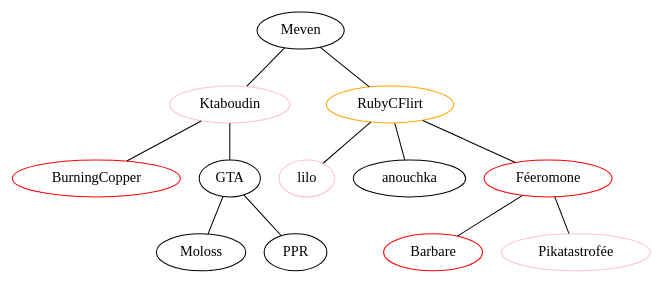
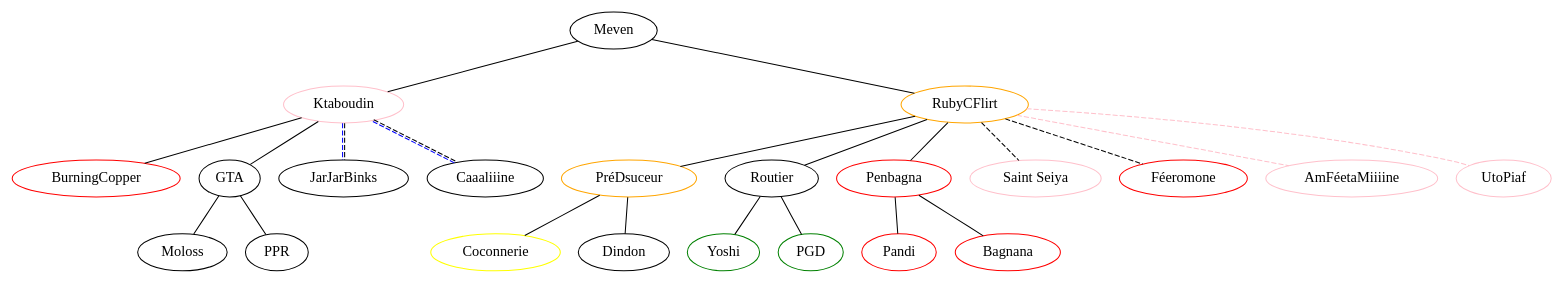
Before and after one commit to mevouc/fal-mily: the diagram in graph.dot, drawn with Graphviz. The commit also changed 2 other files, not shown here.

Commit message:
graph: Update styles and Chris' PMs

```diff
--- a/graph.dot
+++ b/graph.dot
@@ -1,33 +1,61 @@
 graph Falmily {
     // list of names
-    meven [label="Meven", color="black", fillcolor="blue"];
-      alix [label="Ktaboudin", color="pink"];
-        iris [label="BurningCopper", color="red"];
-        camille [label="GTA", color="black", fillcolor="blue"];
-          julien [label="Moloss", color="black", fillcolor="blue"];
-          chabal [label="PPR", color="black", fillcolor="blue"];
-      chris [label="RubyCFlirt", color="orange"];
-        lilo [label="lilo", color="pink"];
-        anouchka [label="anouchka"];
-        benoit [label="Féeromone", color="red", fillcolor="green"];
-          barbare [label="Barbare", color="red"];
-          marvin [label="Pikatastrofée", color="pink"];
+    meven [label="Meven", fillcolor="blue:black"]; // IPP
+      alix [label="Ktaboudin", color="pink"]; // Paramed
+        iris [label="BurningCopper", color="red"]; // Droit
+        camille [label="GTA", fillcolor="blue:black"]; // IPP
+          julien [label="Moloss", fillcolor="blue:black"]; // IPP
+          chabal [label="PPR", fillcolor="blue:black"]; // IPP
+        // Adoption IPP
+        maxime [label="JarJarBinks", fillcolor="blue:black"]; // IPP
+        lily [label="Caaaliiine", fillcolor="blue:black"]; // IPP
+      chris [label="RubyCFlirt", color="orange"]; // Gestion
+        lucas [label="PréDsuceur", color="orange"]; // DCG
+          coralie [label="Coconnerie", color="yellow"]; // Psycho
+          guillaume [label="Dindon", fillcolor="blue:black"]; // Ingé
+        louise [label="Routier", fillcolor="blue:black"]; // Ingé
+          katia [label="Yoshi", color="green"]; // Pharma
+          antoine [label="PGD", color="green"]; // Pharma
+        tiffany [label="Penbagna", color="red"]; // Médecine
+          pandi [label="Pandi", color="red"]; // Médecine
+          bagnagna [label="Bagnana", color="red"]; // Droit
+        // Adoption Paris
+        lilo [label="Saint Seiya", color="pink"]; // Paramed
+        benoit [label="Féeromone", color="red", fillcolor="green:red"]; // IF
+        // Adoption rose
+        anouchka [label="AmFéetaMiiiine", color="pink"]; // Paramed
+        laetitia [label="UtoPiaf", color="pink"]; // Paramed
     
     
     /*
     ** List of patronage links
     */
 
     // Meven's graph
     meven -- alix;
       alix -- iris;
+        // TODO
       alix -- camille;
         camille -- julien;
         camille -- chabal;
+
+      alix -- maxime [style=dashed, color="blue:black"];
+      alix -- lily [style=dashed, color="blue:black"];
+
     meven -- chris;
-      chris -- anouchka;
-      chris -- lilo;
-      chris -- benoit;
-        benoit -- barbare;
-        benoit -- marvin;
+        chris -- lucas;
+          lucas -- coralie;
+          lucas -- guillaume;
+        chris -- louise;
+          louise -- katia;
+          louise -- antoine;
+        chris -- tiffany;
+          tiffany -- pandi;
+          tiffany -- bagnagna;
+
+      chris -- lilo [style=dashed];
+      chris -- benoit [style=dashed];
+
+      chris -- anouchka [style=dashed, color="pink"];
+      chris -- laetitia [style=dashed, color="pink"];
 }
```
